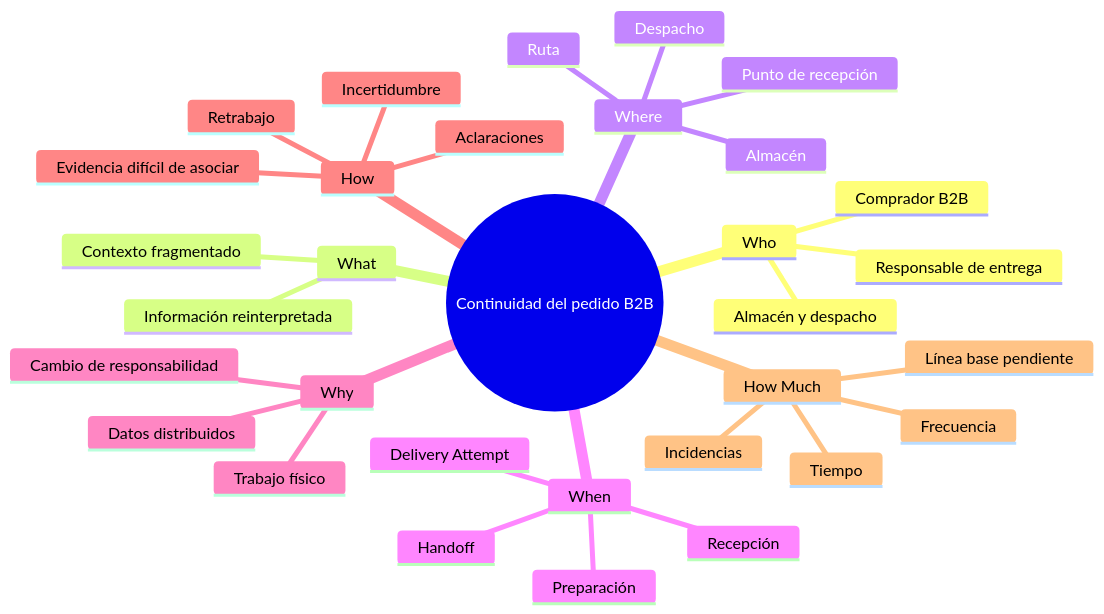
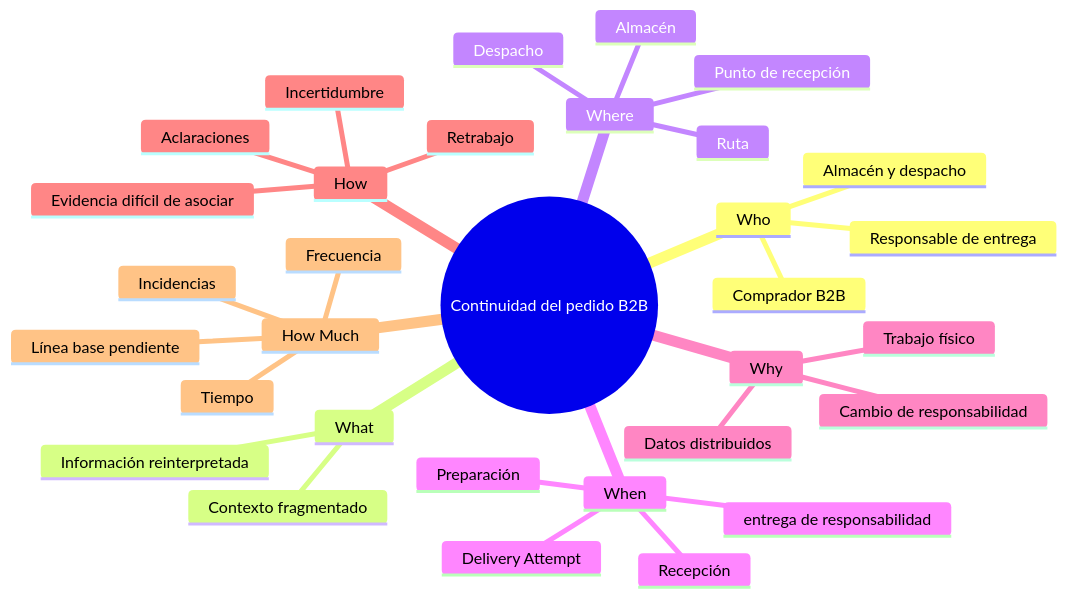
One commit to nexa-suite/mobile-report changed the third of 4 diagrams in report/01-presentation/1.2-solution-profile/1.2.1-background-and-problem.md. Above: the diagram before and after it, drawn with Mermaid. The commit also changed other lines of this file and 65 other files, not shown here.

````diff
--- a/report/01-presentation/1.2-solution-profile/1.2.1-background-and-problem.md
+++ b/report/01-presentation/1.2-solution-profile/1.2.1-background-and-problem.md
@@ -290,35 +290,35 @@
 ```mermaid
 mindmap
   root((Continuidad del pedido B2B))
     Who
       Almacén y despacho
       Responsable de entrega
       Comprador B2B
     What
       Contexto fragmentado
       Información reinterpretada
     Where
       Almacén
       Despacho
       Ruta
       Punto de recepción
     When
       Preparación
-      Handoff
+      entrega de responsabilidad
       Delivery Attempt
       Recepción
     Why
       Datos distribuidos
       Cambio de responsabilidad
       Trabajo físico
     How
       Aclaraciones
       Retrabajo
       Evidencia difícil de asociar
       Incertidumbre
     How Much
       Línea base pendiente
       Frecuencia
       Tiempo
       Incidencias
 ```
````
